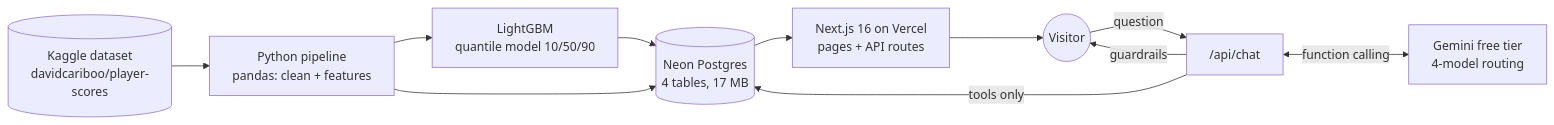
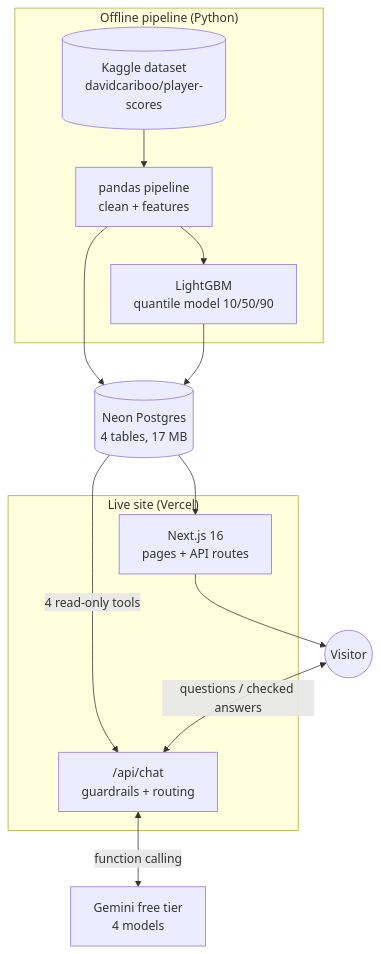
One commit to zaarneshcodes/footballer-value-index changed the diagram in README.md. Above: the diagram before and after it, drawn with Mermaid.

Commit message:
README: readable top-down architecture diagram
Claude-Session: https://claude.ai/code/session_01UfFkPFAAGfMjAfo5SwUCtm

````diff
--- a/README.md
+++ b/README.md
@@ -39,13 +39,18 @@
 ```mermaid
-flowchart LR
-  K[(Kaggle dataset<br/>davidcariboo/player-scores)] --> P[Python pipeline<br/>pandas: clean + features]
-  P --> M[LightGBM<br/>quantile model 10/50/90]
-  P --> DB[(Neon Postgres<br/>4 tables, 17 MB)]
+flowchart TB
+  subgraph offline ["Offline pipeline (Python)"]
+    K[("Kaggle dataset<br/>davidcariboo/player-scores")] --> P["pandas pipeline<br/>clean + features"]
+    P --> M["LightGBM<br/>quantile model 10/50/90"]
+  end
+  P --> DB[("Neon Postgres<br/>4 tables, 17 MB")]
   M --> DB
-  DB --> W[Next.js 16 on Vercel<br/>pages + API routes]
-  W --> U((Visitor))
-  U -- question --> C["/api/chat"]
-  C -- tools only --> DB
-  C <-- function calling --> G[Gemini free tier<br/>4-model routing]
-  C -- guardrails --> U
+  subgraph online ["Live site (Vercel)"]
+    W["Next.js 16<br/>pages + API routes"]
+    C["/api/chat<br/>guardrails + routing"]
+  end
+  DB --> W
+  DB -- "4 read-only tools" --> C
+  C <-- "function calling" --> G["Gemini free tier<br/>4 models"]
+  W --> U(("Visitor"))
+  U <-- "questions / checked answers" --> C
 ```
````
